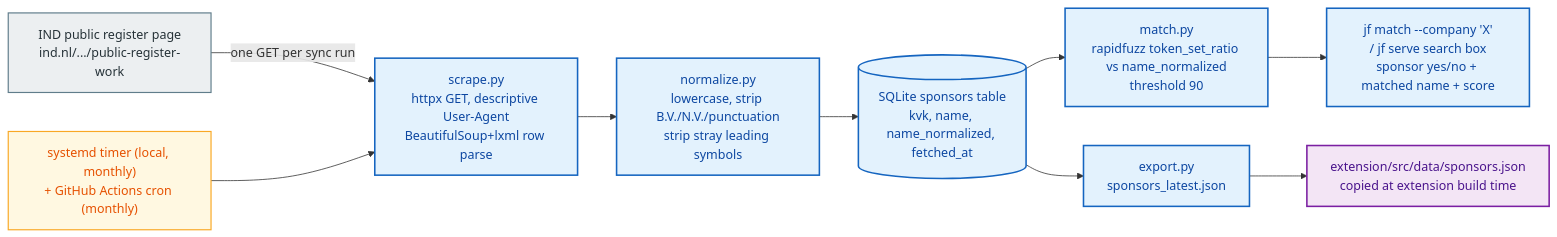
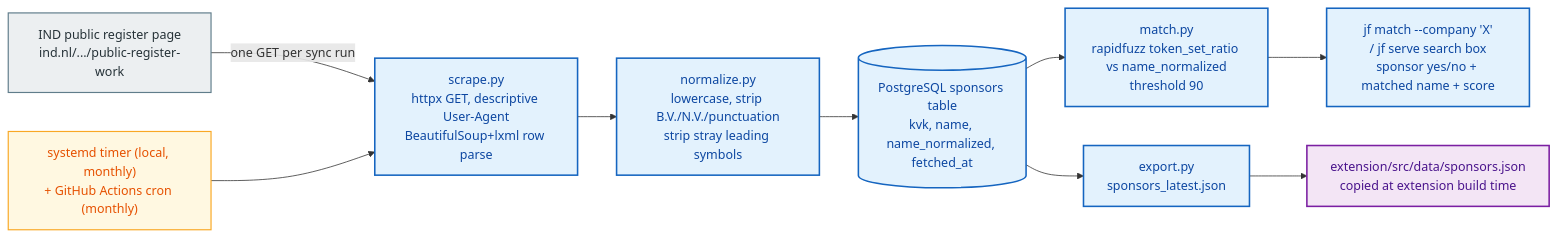
Before and after one commit to adam-bouafia/JobFinder: the second of 2 diagrams in README.md, drawn with Mermaid. The commit also changed other lines of this file and 25 other files, not shown here.

````diff
--- a/README.md
+++ b/README.md
@@ -101,27 +101,27 @@
 ```mermaid
 flowchart LR
     SRC["IND public register page\nind.nl/.../public-register-work"]
     SCRAPE["scrape.py\nhttpx GET, descriptive User-Agent\nBeautifulSoup+lxml row parse"]
     NORM["normalize.py\nlowercase, strip B.V./N.V./punctuation\nstrip stray leading symbols"]
-    DB[("SQLite sponsors table\nkvk, name, name_normalized, fetched_at")]
+    DB[("PostgreSQL sponsors table\nkvk, name, name_normalized, fetched_at")]
     MATCH["match.py\nrapidfuzz token_set_ratio vs name_normalized\nthreshold 90"]
     CLIOUT["jf match --company 'X'\n/ jf serve search box\nsponsor yes/no + matched name + score"]
     SNAP["export.py\nsponsors_latest.json"]
     EXTBUNDLE["extension/src/data/sponsors.json\ncopied at extension build time"]
     SCHED["systemd timer (local, monthly)\n+ GitHub Actions cron (monthly)"]
 
     SRC -->|"one GET per sync run"| SCRAPE --> NORM --> DB
     DB --> MATCH --> CLIOUT
     DB --> SNAP --> EXTBUNDLE
     SCHED --> SCRAPE
 
     classDef source fill:#eceff1,stroke:#607d8b,stroke-width:1.5px,color:#263238
     classDef core fill:#e3f2fd,stroke:#1565c0,stroke-width:2px,color:#0d47a1
     classDef extension fill:#f3e5f5,stroke:#7b1fa2,stroke-width:2px,color:#4a148c
     classDef infra fill:#fff8e1,stroke:#f9a825,stroke-width:1.5px,color:#e65100
 
     class SRC source
     class SCRAPE,NORM,DB,MATCH,CLIOUT,SNAP core
     class EXTBUNDLE extension
     class SCHED infra
 ```
````
